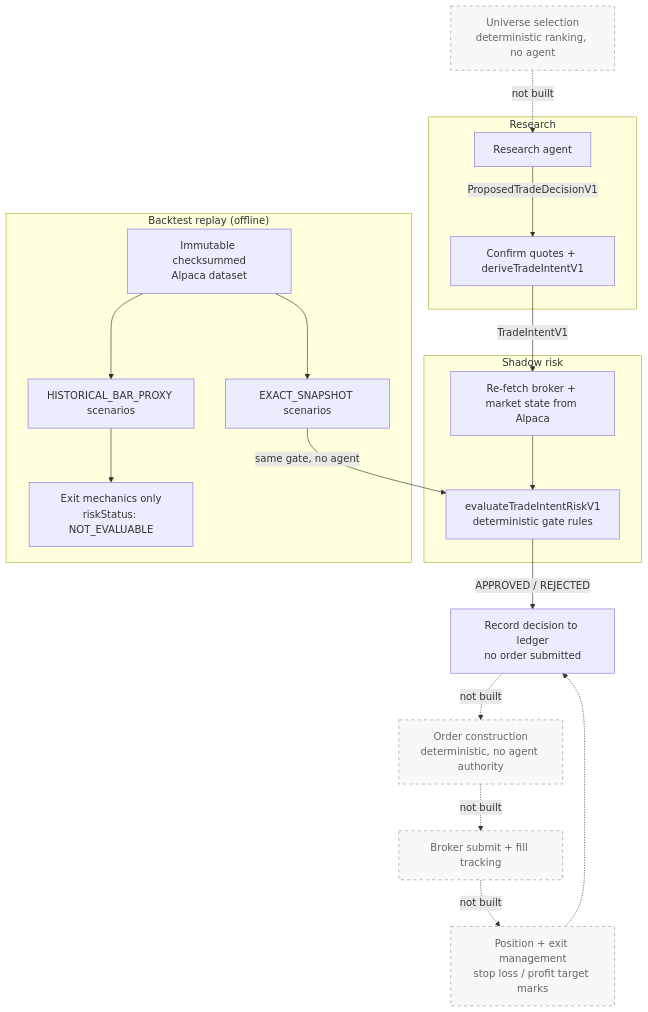
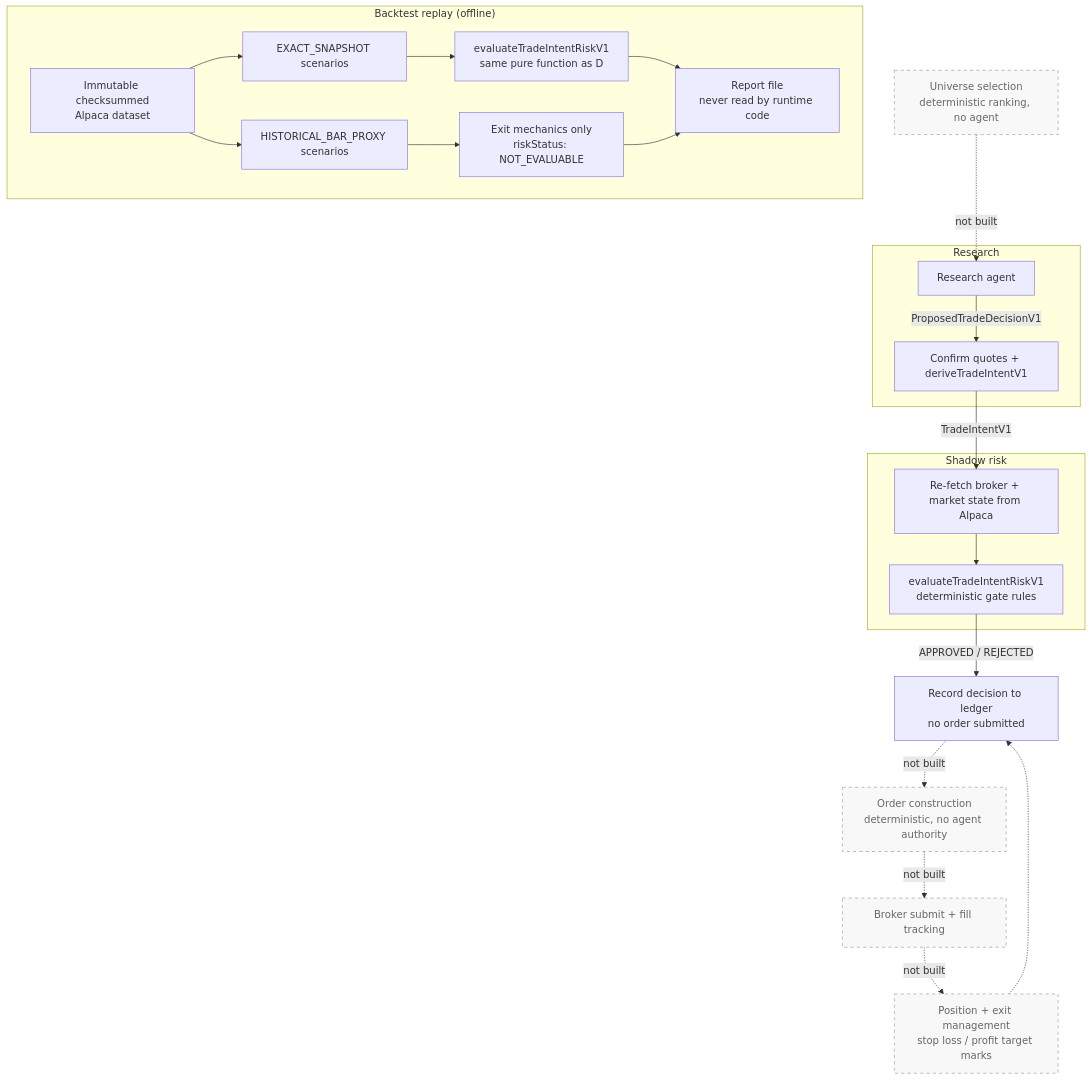
One commit to whanyu1212/greeks-in-the-loop changed the diagram in README.md. Above: the diagram before and after it, drawn with Mermaid.

Commit message:
docs: keep offline replay out of the ledger path in the diagram
The R2 -> D edge routed replay into the live gate node, and D continues
to E, so the diagram implied an offline run records a decision in the
event ledger. backtest-cli.ts never invokes the lifecycle recorder; it
writes a standalone report.

Gave the offline subgraph its own gate node labelled as the same pure
function, with both fidelities terminating in the report file. No edge
now crosses from replay into the live path.

Claude-Session: https://claude.ai/code/session_01537U8ibcPj1dAwoAoEEVkG

````diff
--- a/README.md
+++ b/README.md
@@ -11,31 +11,32 @@
 ```mermaid
 flowchart TD
     S[Universe selection<br/>deterministic ranking, no agent] -.->|not built| A
 
     subgraph research["Research"]
         A[Research agent] -->|ProposedTradeDecisionV1| B[Confirm quotes + deriveTradeIntentV1]
     end
 
     subgraph risk["Shadow risk"]
         C[Re-fetch broker + market state from Alpaca] --> D[evaluateTradeIntentRiskV1<br/>deterministic gate rules]
     end
 
     B -->|TradeIntentV1| C
     D -->|APPROVED / REJECTED| E[Record decision to ledger<br/>no order submitted]
 
     subgraph backtest["Backtest replay (offline)"]
         R1[Immutable checksummed<br/>Alpaca dataset] --> R2[EXACT_SNAPSHOT scenarios]
         R1 --> R3[HISTORICAL_BAR_PROXY scenarios]
+        R2 --> RD["evaluateTradeIntentRiskV1<br/>same pure function as D"]
         R3 --> R4[Exit mechanics only<br/>riskStatus: NOT_EVALUABLE]
+        RD --> R5[Report file<br/>never read by runtime code]
+        R4 --> R5
     end
-
-    R2 -->|same gate, no agent| D
 
     E -.->|not built| F[Order construction<br/>deterministic, no agent authority]
     F -.->|not built| G[Broker submit + fill tracking]
     G -.->|not built| H[Position + exit management<br/>stop loss / profit target marks]
     H -.-> E
 
     classDef unbuilt stroke-dasharray:5 5,fill:#f8f8f8,color:#666,stroke:#999
     class S,F,G,H unbuilt
 ```
````
